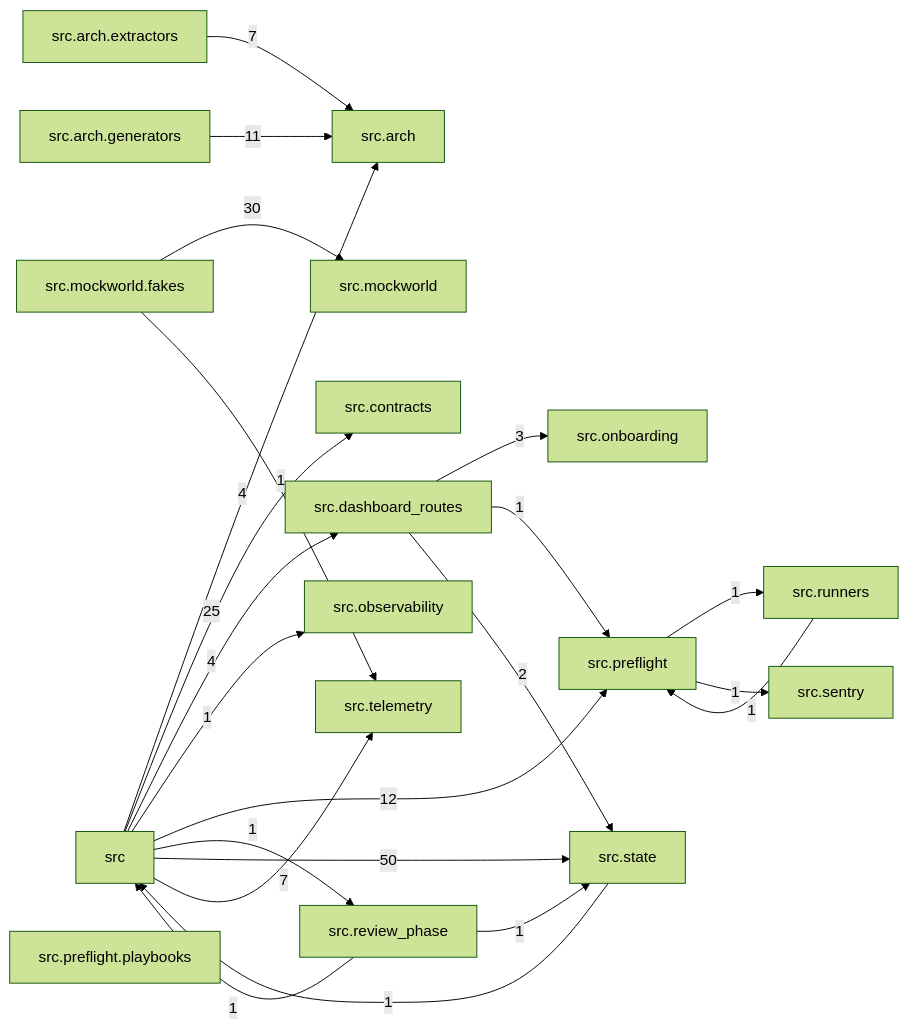
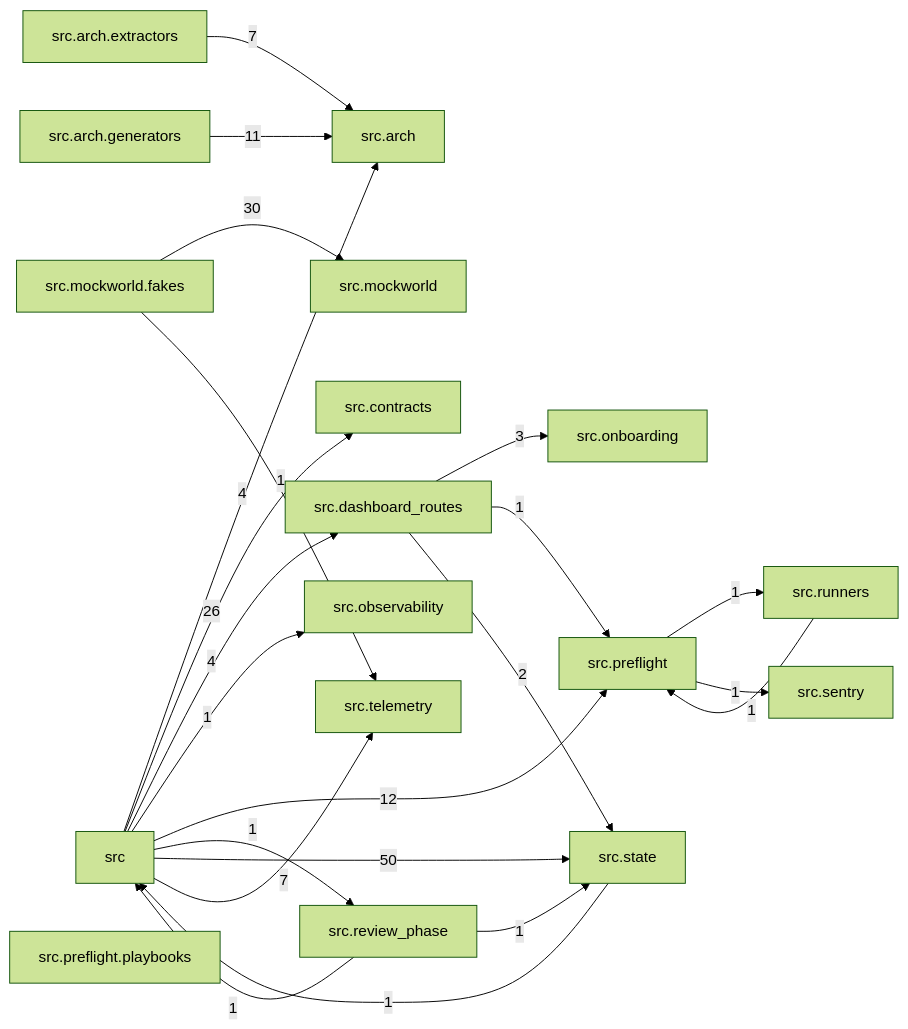
Before and after one commit to T-rav/hydraflow: the diagram in docs/arch/generated/modules.md, drawn with Mermaid (forest theme). The commit also changed 10 other files, not shown here.

````diff
--- a/docs/arch/generated/modules.md
+++ b/docs/arch/generated/modules.md
@@ -7,41 +7,41 @@
 ```mermaid
 graph LR
     src["src"]
     src_arch["src.arch"]
     src_arch_extractors["src.arch.extractors"]
     src_arch_generators["src.arch.generators"]
     src_contracts["src.contracts"]
     src_dashboard_routes["src.dashboard_routes"]
     src_mockworld["src.mockworld"]
     src_mockworld_fakes["src.mockworld.fakes"]
     src_observability["src.observability"]
     src_onboarding["src.onboarding"]
     src_preflight["src.preflight"]
     src_preflight_playbooks["src.preflight.playbooks"]
     src_review_phase["src.review_phase"]
     src_runners["src.runners"]
     src_sentry["src.sentry"]
     src_state["src.state"]
     src_telemetry["src.telemetry"]
     src -- "4" --> src_arch
-    src -- "25" --> src_contracts
+    src -- "26" --> src_contracts
     src -- "4" --> src_dashboard_routes
     src -- "1" --> src_observability
     src -- "12" --> src_preflight
     src -- "1" --> src_review_phase
     src -- "50" --> src_state
     src -- "7" --> src_telemetry
     src_arch_extractors -- "7" --> src_arch
     src_arch_generators -- "11" --> src_arch
     src_dashboard_routes -- "3" --> src_onboarding
     src_dashboard_routes -- "1" --> src_preflight
     src_dashboard_routes -- "2" --> src_state
     src_mockworld_fakes -- "30" --> src_mockworld
     src_mockworld_fakes -- "1" --> src_telemetry
     src_preflight -- "1" --> src_runners
     src_preflight -- "1" --> src_sentry
     src_review_phase -- "1" --> src
     src_review_phase -- "1" --> src_state
     src_runners -- "1" --> src_preflight
     src_state -- "1" --> src
 ```
````
